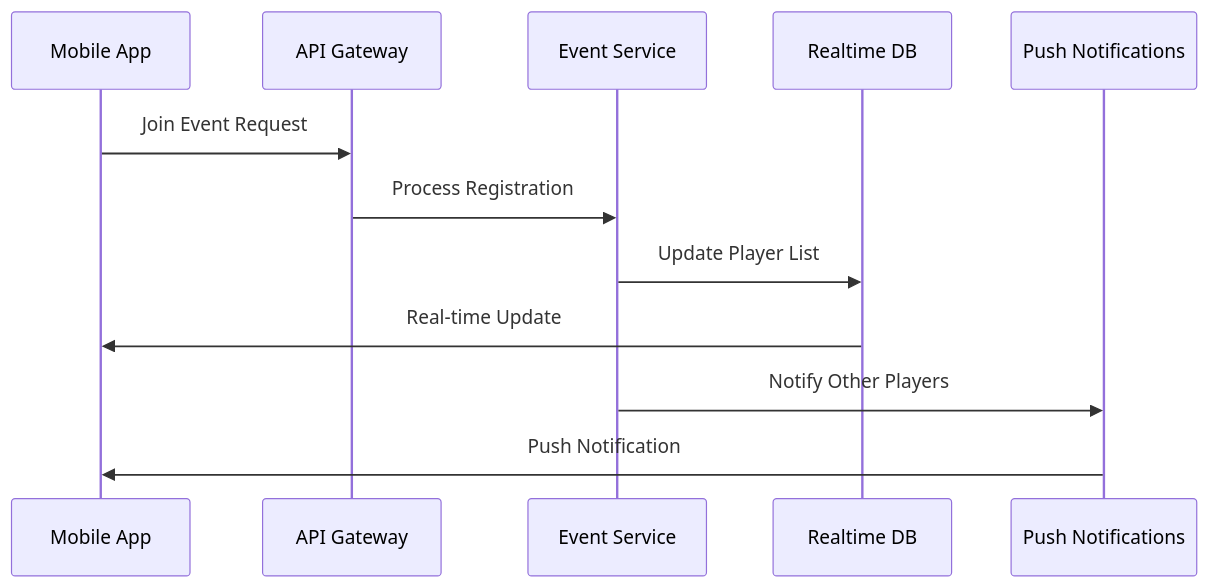
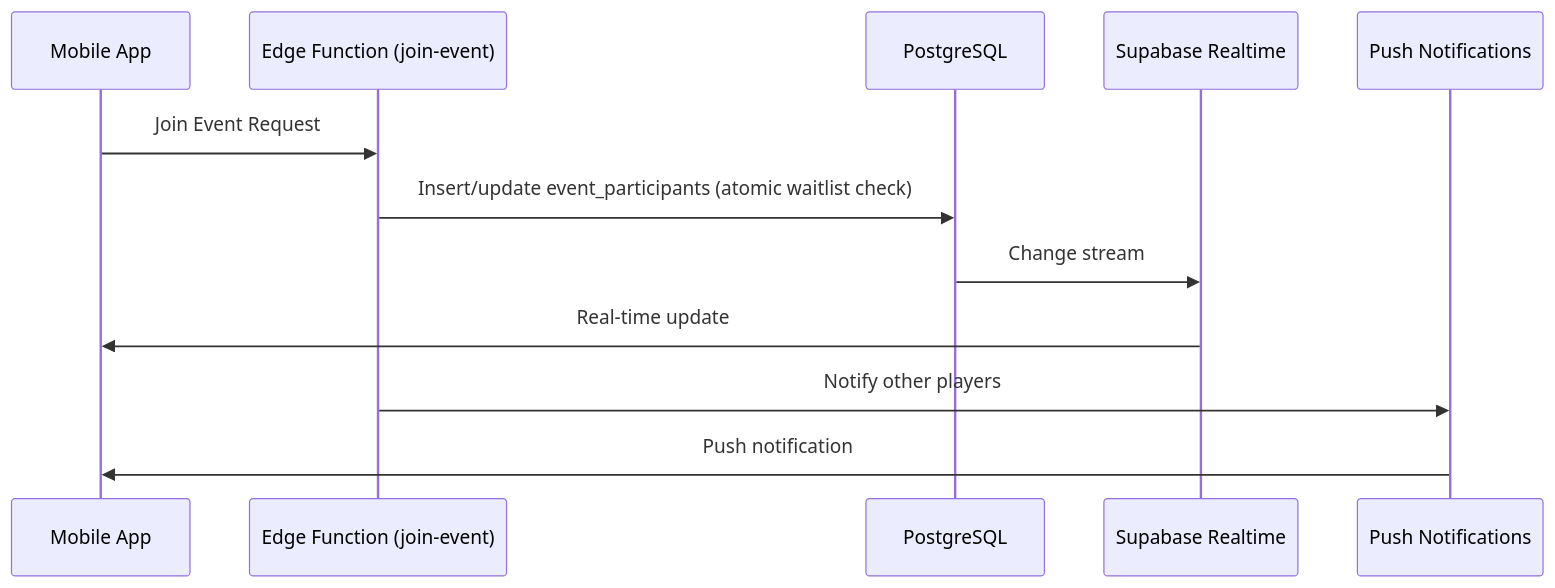
Before and after one commit to franklin51/VolleyCircle: the second of 3 diagrams in docs/design/system-architecture.md, drawn with Mermaid. The commit also changed other lines of this file and 6 other files, not shown here.

First line of the commit message:
docs: reconcile system-architecture and roadmap with Supabase/Expo, drop firebase.md

````diff
--- a/docs/design/system-architecture.md
+++ b/docs/design/system-architecture.md
@@ -579,15 +503,15 @@
 ```mermaid
 sequenceDiagram
     participant User as Mobile App
-    participant API as API Gateway
-    participant Event as Event Service
-    participant RT as Realtime DB
-    participant FCM as Push Notifications
-    
-    User->>API: Join Event Request
-    API->>Event: Process Registration
-    Event->>RT: Update Player List
-    RT->>User: Real-time Update
-    Event->>FCM: Notify Other Players
-    FCM->>User: Push Notification
+    participant Edge as Edge Function (join-event)
+    participant DB as PostgreSQL
+    participant RT as Supabase Realtime
+    participant Push as Push Notifications
+
+    User->>Edge: Join Event Request
+    Edge->>DB: Insert/update event_participants (atomic waitlist check)
+    DB->>RT: Change stream
+    RT->>User: Real-time update
+    Edge->>Push: Notify other players
+    Push->>User: Push notification
 ```
````
